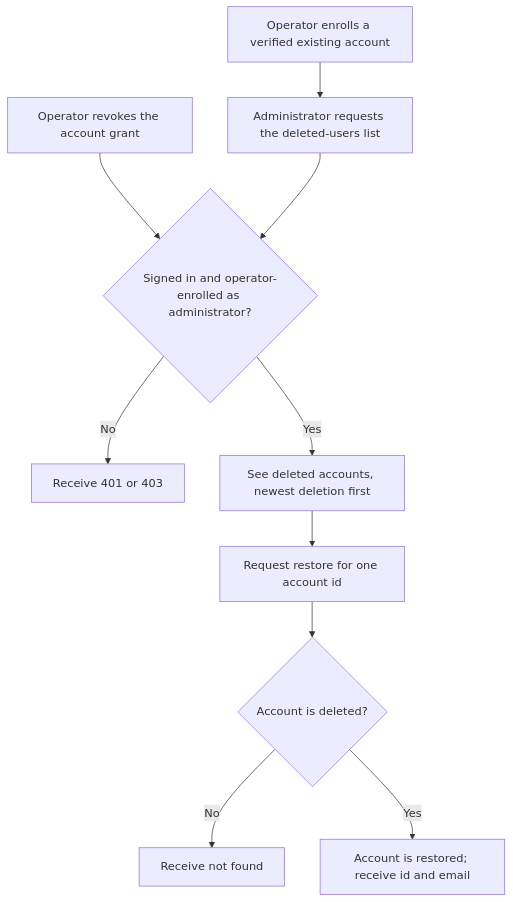
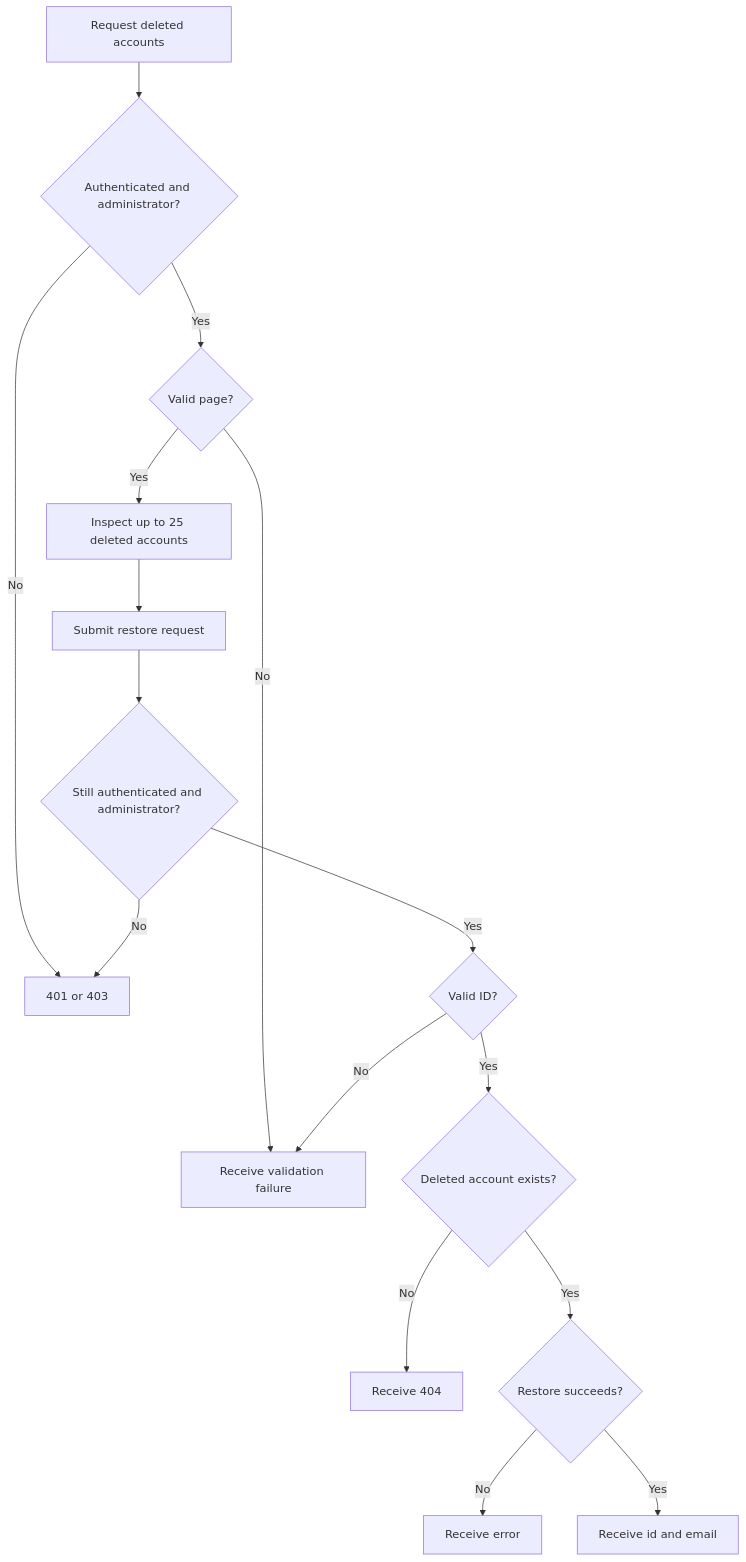
Before and after one commit to Kevinjohn/oss-adonisjs-lucid-soft-delete: the first of 2 diagrams in user-stories/example-apps/us-demo-02-api-admin-restore.md, drawn with Mermaid. The commit also changed other lines of this file and 26 other files, not shown here.

````diff
--- a/user-stories/example-apps/us-demo-02-api-admin-restore.md
+++ b/user-stories/example-apps/us-demo-02-api-admin-restore.md
@@ -21,12 +22,17 @@
 ```mermaid
 flowchart TD
-    O["Operator enrolls a verified existing account"] --> A
-    R["Operator revokes the account grant"] --> B
-    A["Administrator requests the deleted-users list"] --> B{"Signed in and operator-enrolled as administrator?"}
-    B -->|No| C["Receive 401 or 403"]
-    B -->|Yes| D["See deleted accounts, newest deletion first"]
-    D --> E["Request restore for one account id"]
-    E --> F{"Account is deleted?"}
-    F -->|No| G["Receive not found"]
-    F -->|Yes| H["Account is restored; receive id and email"]
+    A["Request deleted accounts"] --> B{"Authenticated and administrator?"}
+    B -->|No| C["401 or 403"]
+    B -->|Yes| D{"Valid page?"}
+    D -->|No| E["Receive validation failure"]
+    D -->|Yes| F["Inspect up to 25 deleted accounts"]
+    F --> G["Submit restore request"] --> H{"Still authenticated and administrator?"}
+    H -->|No| C
+    H -->|Yes| I{"Valid ID?"}
+    I -->|No| E
+    I -->|Yes| J{"Deleted account exists?"}
+    J -->|No| K["Receive 404"]
+    J -->|Yes| L{"Restore succeeds?"}
+    L -->|No| M["Receive error"]
+    L -->|Yes| N["Receive id and email"]
 ```
````
